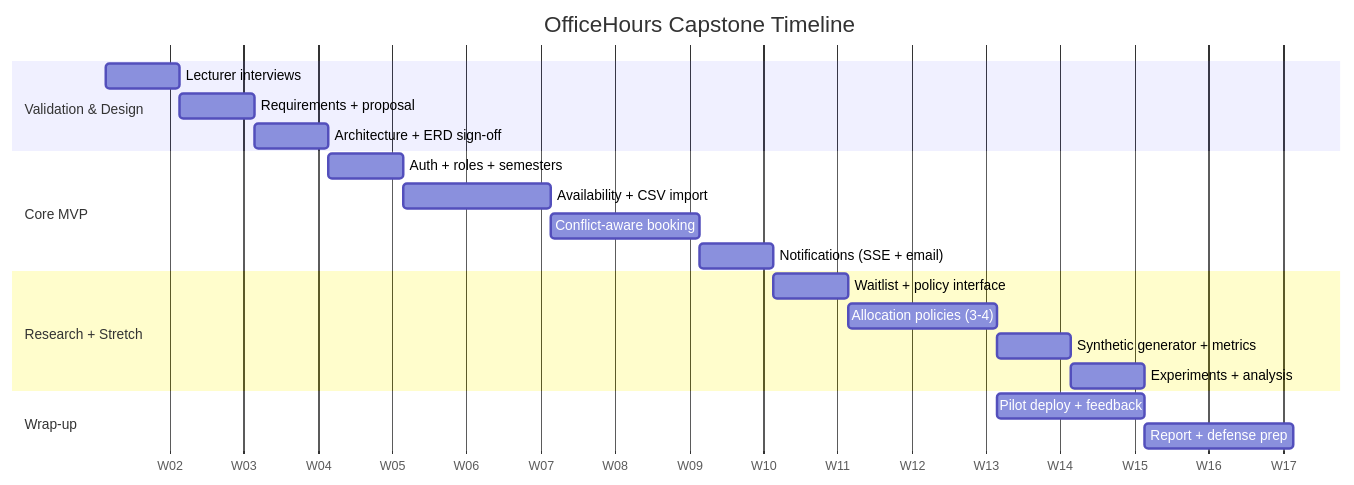
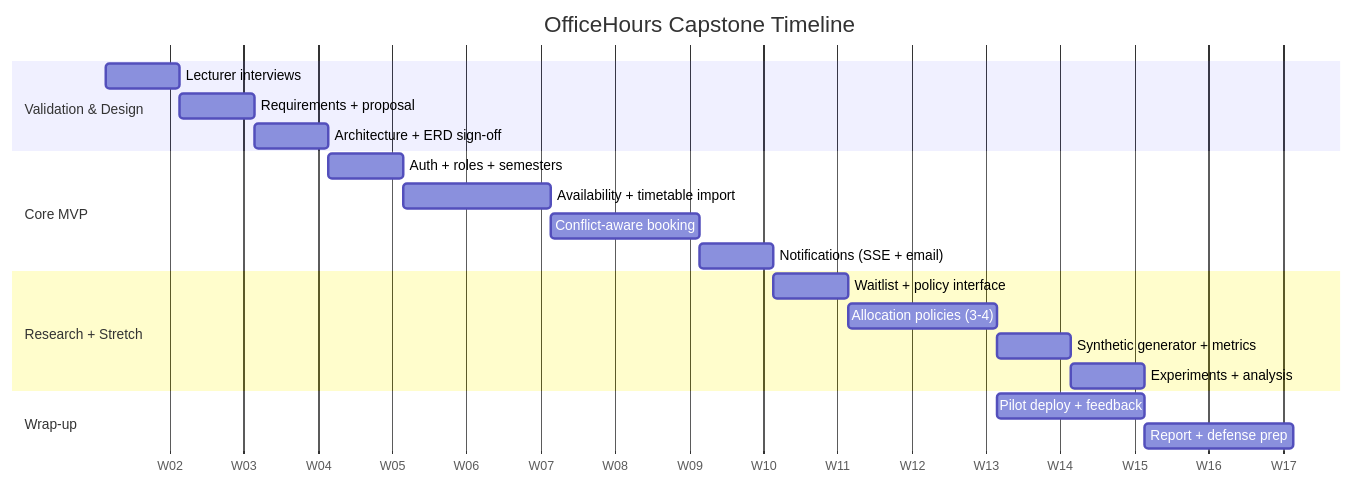
Before and after one commit to thien-0408/office-hours: the seventh of 7 diagrams in docs/capstone-officehours-plan.md, drawn with Mermaid. The commit also changed other lines of this file and 12 other files, not shown here.

````diff
--- a/docs/capstone-officehours-plan.md
+++ b/docs/capstone-officehours-plan.md
@@ -539,27 +539,27 @@
 ```mermaid
 gantt
     dateFormat  YYYY-MM-DD
     axisFormat  W%W
     title OfficeHours Capstone Timeline
 
     section Validation & Design
     Lecturer interviews          :a1, 2026-01-12, 1w
     Requirements + proposal      :a2, after a1, 1w
     Architecture + ERD sign-off  :a3, after a2, 1w
 
     section Core MVP
     Auth + roles + semesters     :b1, after a3, 1w
-    Availability + CSV import     :b2, after b1, 2w
+    Availability + timetable import     :b2, after b1, 2w
     Conflict-aware booking        :b3, after b2, 2w
     Notifications (SSE + email)   :b4, after b3, 1w
 
     section Research + Stretch
     Waitlist + policy interface   :c1, after b4, 1w
     Allocation policies (3-4)     :c2, after c1, 2w
     Synthetic generator + metrics :c3, after c2, 1w
     Experiments + analysis        :c4, after c3, 1w
 
     section Wrap-up
     Pilot deploy + feedback       :d1, 2026-04-06, 2w
     Report + defense prep         :d2, after c4, 2w
 ```
````
